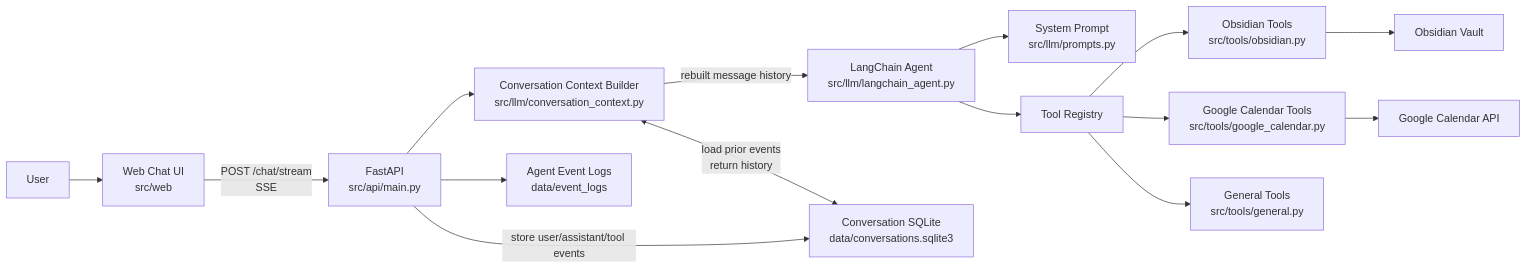
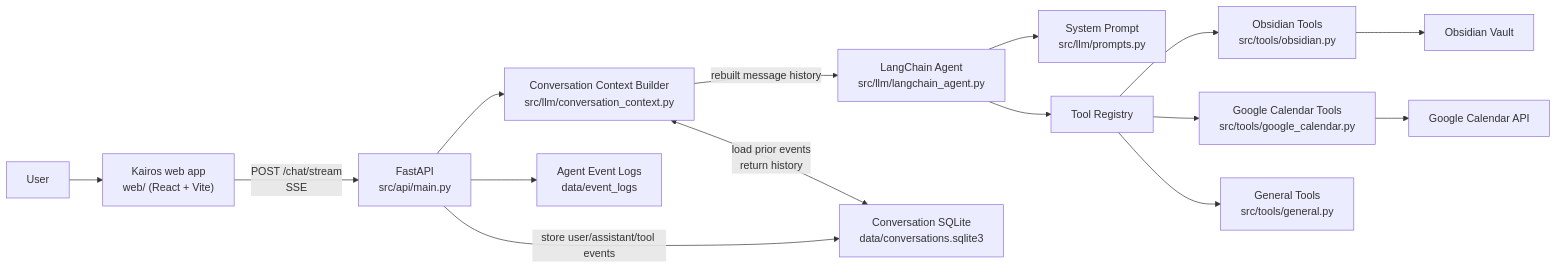
One commit to ZhanLiang06/Personal-AI-Assistant changed the first of 4 diagrams in README.md. Above: the diagram before and after it, drawn with Mermaid. The commit also changed other lines of this file and 34 other files, not shown here.

````diff
--- a/README.md
+++ b/README.md
@@ -22,17 +22,17 @@
 ```mermaid
 flowchart LR
-    User["User"] --> WebUI["Web Chat UI<br/>src/web"]
+    User["User"] --> WebUI["Kairos web app<br/>web/ (React + Vite)"]
     WebUI -->|POST /chat/stream<br/>SSE| API["FastAPI<br/>src/api/main.py"]
     API --> Context["Conversation Context Builder<br/>src/llm/conversation_context.py"]
     Context -->|rebuilt message history| Agent["LangChain Agent<br/>src/llm/langchain_agent.py"]
     Agent --> Prompt["System Prompt<br/>src/llm/prompts.py"]
     Agent --> Tools["Tool Registry"]
     Tools --> ObsidianTools["Obsidian Tools<br/>src/tools/obsidian.py"]
     Tools --> CalendarTools["Google Calendar Tools<br/>src/tools/google_calendar.py"]
     Tools --> GeneralTools["General Tools<br/>src/tools/general.py"]
     ObsidianTools --> Vault["Obsidian Vault"]
     CalendarTools --> Google["Google Calendar API"]
     Context <-->|load prior events<br/>return history| SQLite["Conversation SQLite<br/>data/conversations.sqlite3"]
     API -->|store user/assistant/tool events| SQLite
     API --> EventLog["Agent Event Logs<br/>data/event_logs"]
 ```
````
